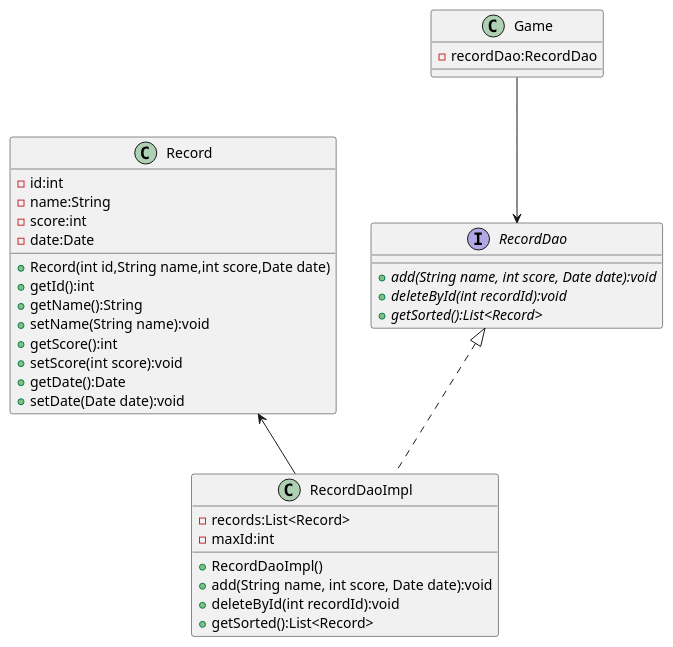
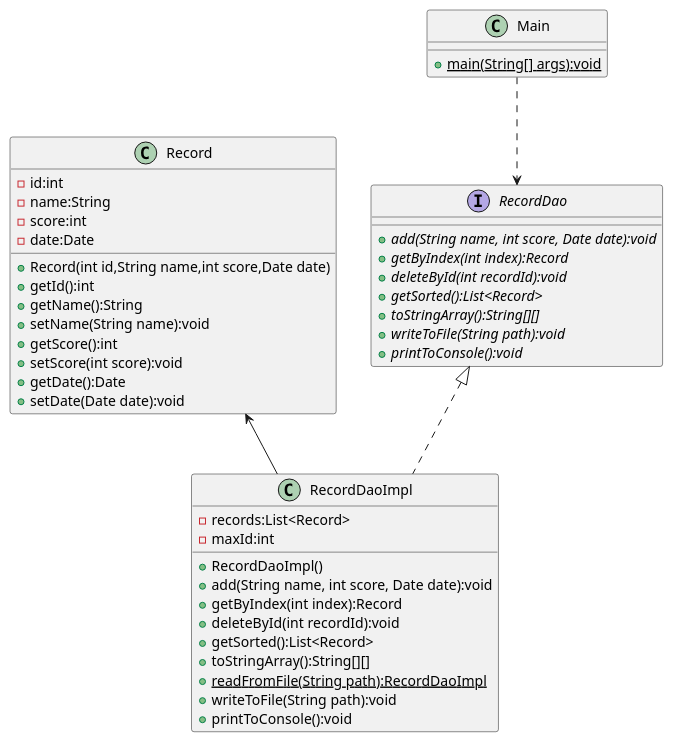
One commit to linkfqy/AircraftWar changed the diagram in uml/DaoPattern.puml. Above: the diagram before and after it, drawn with PlantUML. The commit also changed 7 other files, not shown here.

Commit message:
更新了UML类图

```diff
--- a/uml/DaoPattern.puml
+++ b/uml/DaoPattern.puml
@@ -1,40 +1,49 @@
 @startuml
 'https://plantuml.com/class-diagram
 
 class Record{
     - id:int
     - name:String
     - score:int
     - date:Date
     + Record(int id,String name,int score,Date date)
     + getId():int
     + getName():String
     + setName(String name):void
     + getScore():int
     + setScore(int score):void
     + getDate():Date
     + setDate(Date date):void
 }
 interface RecordDao{
     + {abstract} add(String name, int score, Date date):void
+    + {abstract} getByIndex(int index):Record
     + {abstract} deleteById(int recordId):void
     + {abstract} getSorted():List<Record>
+    + {abstract} toStringArray():String[][]
+    + {abstract} writeToFile(String path):void
+    + {abstract} printToConsole():void
 }
 class RecordDaoImpl{
     - records:List<Record>
     - maxId:int
     + RecordDaoImpl()
     + add(String name, int score, Date date):void
+    + getByIndex(int index):Record
     + deleteById(int recordId):void
     + getSorted():List<Record>
+    + toStringArray():String[][]
+    + {static} readFromFile(String path):RecordDaoImpl
+    + writeToFile(String path):void
+    + printToConsole():void
 }
-class Game{
-    - recordDao:RecordDao
+class Main{
+    + {static} main(String[] args):void
 }
 
 RecordDao <|.. RecordDaoImpl
 Record <-- RecordDaoImpl
-Game --> RecordDao
+Main ..> RecordDao
 
 
 @enduml
```
